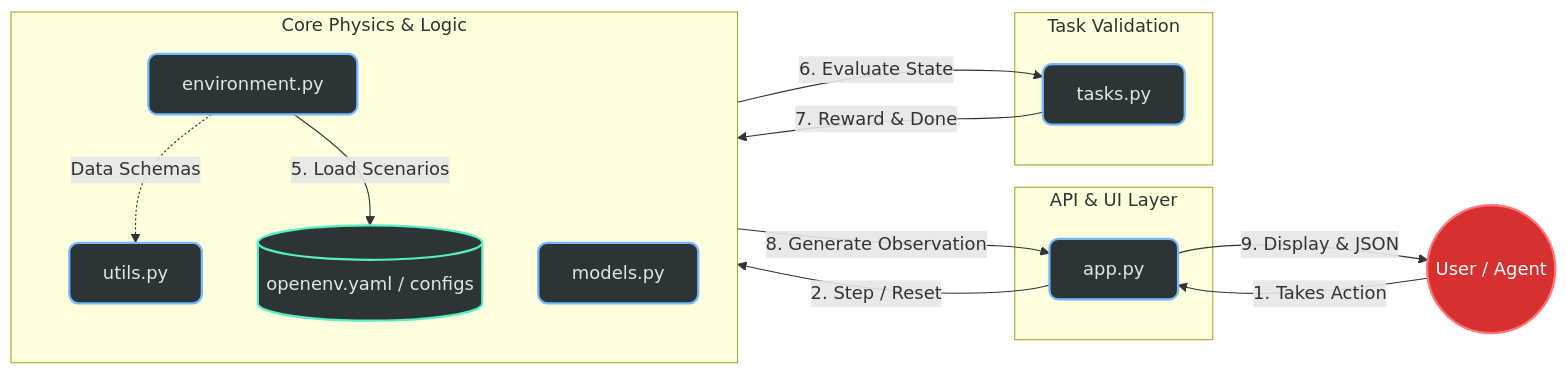
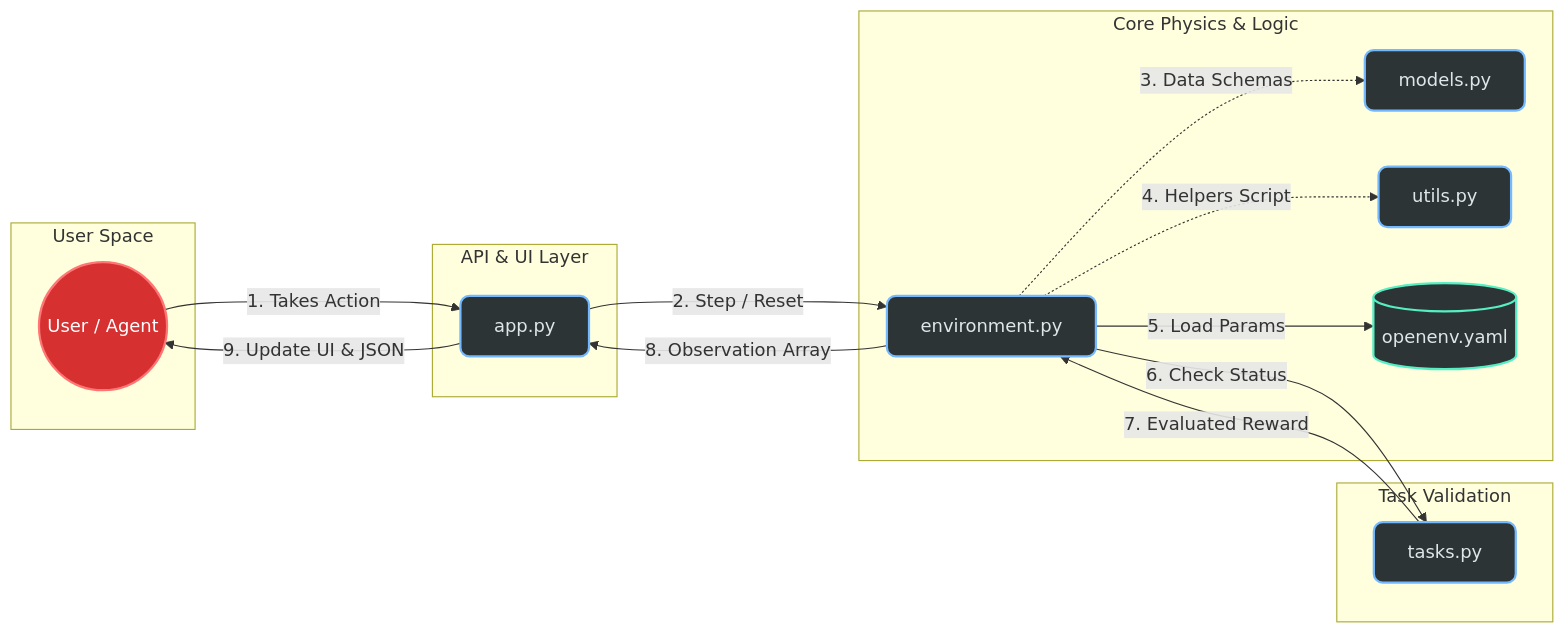
One commit to samarth-2006SJW/MINI_RL_ENVIRONMENT changed the diagram in README.md. Above: the diagram before and after it, drawn with Mermaid.

Commit message:
Enhance system architecture diagram in README
Updated the system architecture diagram with custom UI colors and improved layout for clarity.

````diff
--- a/README.md
+++ b/README.md
@@ -90,44 +90,47 @@
 ```mermaid
  flowchart LR
-    %% Layers Definition
-    subgraph Presentation_Layer["API & UI Layer"]
-        App["app.py"]
+    %% Custom UI Colors
+    classDef blockNode fill:#2d3436,stroke:#74b9ff,stroke-width:2px,color:#dfe6e9,rx:8px,ry:8px;
+    classDef dataNode fill:#2d3436,stroke:#55efc4,stroke-width:2px,color:#dfe6e9;
+    classDef actorNode fill:#d63031,stroke:#ff7675,stroke-width:2px,color:#ffffff,shape:circle;
+
+    %% 1. Force Agent as the absolute FIRST component on the Left
+    subgraph Trigger [User Space]
+        Agent((User / Agent)):::actorNode
     end
 
-    subgraph Core_Layer["Core Physics & Logic"]
-        direction TB
-        Env["environment.py"]
-        Models["models.py"]
-        Utils["utils.py"]
-        Config[("openenv.yaml / configs")]
+    %% 2. Presentation Layer cleanly side-by-side
+    subgraph Presentation [API & UI Layer]
+        App["app.py"]:::blockNode
     end
 
-    subgraph Evaluation_Layer["Task Validation"]
-        Tasks["tasks.py"]
+    %% 3. Core system side-by-side
+    subgraph Core [Core Physics & Logic]
+        Env["environment.py"]:::blockNode
+        Models["models.py"]:::blockNode
+        Utils["utils.py"]:::blockNode
+        Config[("openenv.yaml")]:::dataNode
     end
 
-    %% Interaction Flow
-    Agent(("User / Agent")) -- "1. Takes Action" --> App
-    App -- "2. Step / Reset" --> Env
-    Env -. "Data Schemas" .-> Utils
-    Env -- "5. Load Scenarios" --> Config
-    Env -- "6. Evaluate State" --> Tasks
-    Tasks -- "7. Reward & Done" --> Env
-    Env -- "8. Generate Observation" --> App
-    App -- "9. Display & JSON" --> Agent
+    %% 4. Task Check side-by-side
+    subgraph Eval [Task Validation]
+        Tasks["tasks.py"]:::blockNode
+    end
 
-    %% Styling Classes
-    classDef fileNode fill:#2d3436,stroke:#74b9ff,stroke-width:2px,color:#dfe6e9,rx:8px,ry:8px
-    classDef dataNode fill:#2d3436,stroke:#55efc4,stroke-width:2px,color:#dfe6e9
-    classDef actorNode fill:#d63031,stroke:#ff7675,stroke-width:2px,color:#ffffff,shape:circle
+    %% Forward Flow (Engine routes automatically left to right)
+    Agent -->|1. Takes Action| App
+    App -->|2. Step / Reset| Env
+    
+    Env -.->|3. Data Schemas| Models
+    Env -.->|4. Helpers Script| Utils
+    Env -->|5. Load Params| Config
+    
+    Env -->|6. Check Status| Tasks
+    
+    %% Return Feedback Flow (Engine wraps arrows around boxes neatly)
+    Tasks -->|7. Evaluated Reward| Env
+    Env -->|8. Observation Array| App
+    App -->|9. Update UI & JSON| Agent
 
-    %% Applying Classes
-    App:::fileNode
-    Env:::fileNode
-    Models:::fileNode
-    Utils:::fileNode
-    Config:::dataNode
-    Tasks:::fileNode
-    Agent:::actorNode
 
 ```    
````
